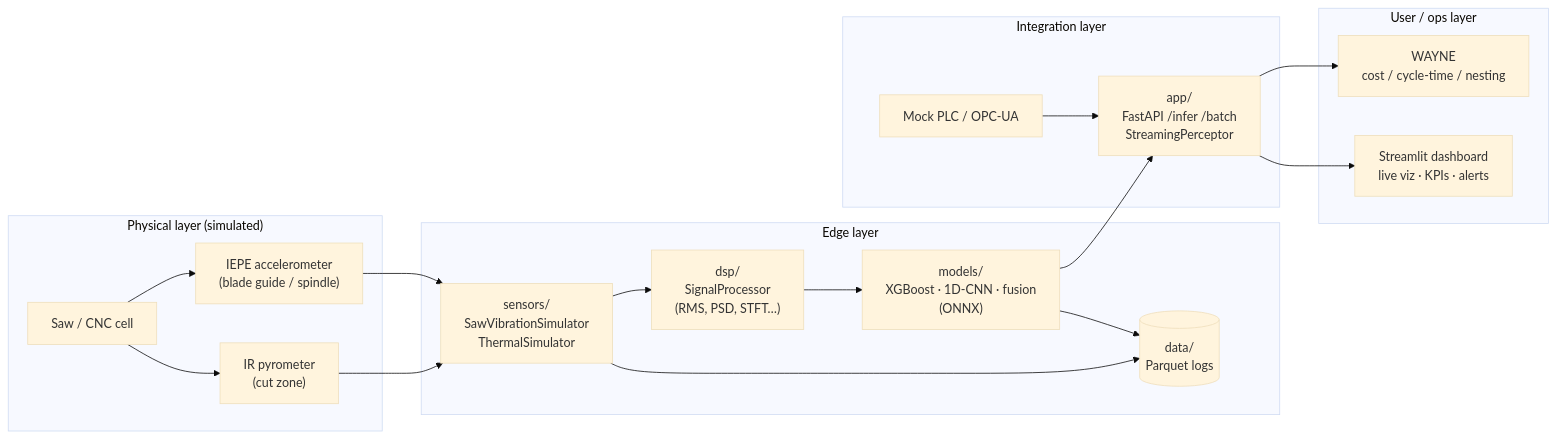
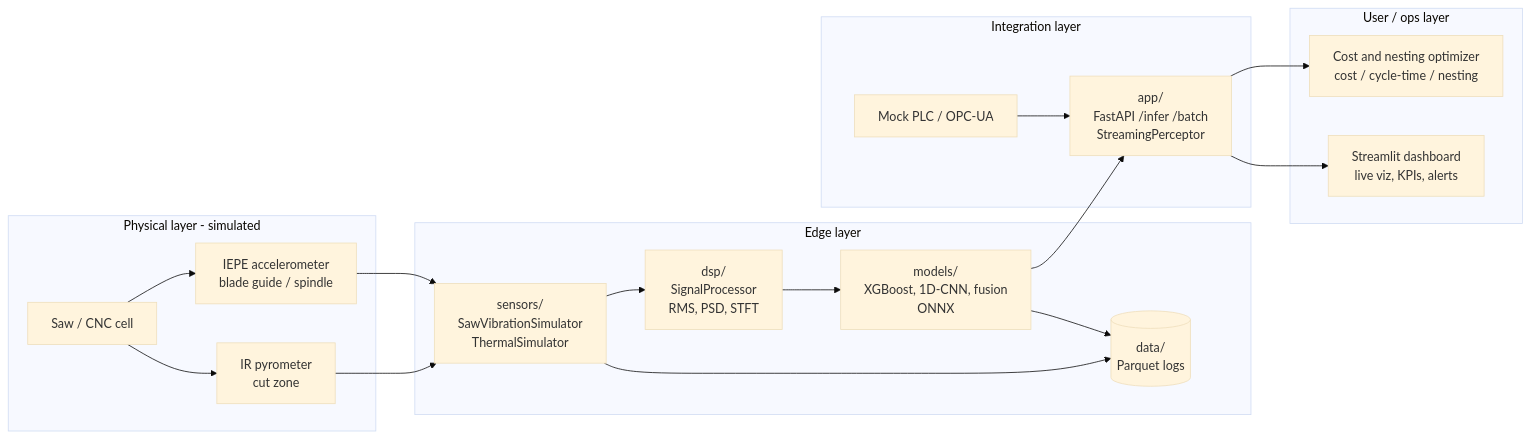
Before and after one commit to lxmcdermott/ArgusPanoptes: the diagram in README.md, drawn with Mermaid (base theme). The commit also changed other lines of this file and 5 other files, not shown here.

````diff
--- a/README.md
+++ b/README.md
@@ -35,36 +36,36 @@
 ```mermaid
 flowchart LR
-    subgraph Physical["Physical layer (simulated)"]
+    subgraph physical [Physical layer - simulated]
         SAW["Saw / CNC cell"]
-        ACC["IEPE accelerometer<br/>(blade guide / spindle)"]
-        IR["IR pyrometer<br/>(cut zone)"]
+        ACC["IEPE accelerometer<br/>blade guide / spindle"]
+        IR["IR pyrometer<br/>cut zone"]
         SAW --> ACC
         SAW --> IR
     end
 
-    subgraph Edge["Edge layer"]
+    subgraph edge [Edge layer]
         SIM["sensors/<br/>SawVibrationSimulator<br/>ThermalSimulator"]
-        DSP["dsp/<br/>SignalProcessor<br/>(RMS, PSD, STFT…)"]
-        ML["models/<br/>XGBoost · 1D-CNN · fusion<br/>(ONNX)"]
+        DSP["dsp/<br/>SignalProcessor<br/>RMS, PSD, STFT"]
+        ML["models/<br/>XGBoost, 1D-CNN, fusion<br/>ONNX"]
         LOG[("data/<br/>Parquet logs")]
     end
 
-    subgraph Integration["Integration layer"]
+    subgraph integration [Integration layer]
         API["app/<br/>FastAPI /infer /batch<br/>StreamingPerceptor"]
         PLC["Mock PLC / OPC-UA"]
     end
 
-    subgraph Ops["User / ops layer"]
-        DASH["Streamlit dashboard<br/>live viz · KPIs · alerts"]
-        WAYNE["WAYNE<br/>cost / cycle-time / nesting"]
+    subgraph ops [User / ops layer]
+        DASH["Streamlit dashboard<br/>live viz, KPIs, alerts"]
+        COST["Cost and nesting optimizer<br/>cost / cycle-time / nesting"]
     end
 
     ACC --> SIM
     IR --> SIM
     SIM --> DSP --> ML --> API
     SIM --> LOG
     ML --> LOG
-    API --> WAYNE
+    API --> COST
     API --> DASH
     PLC --> API
 ```
````
